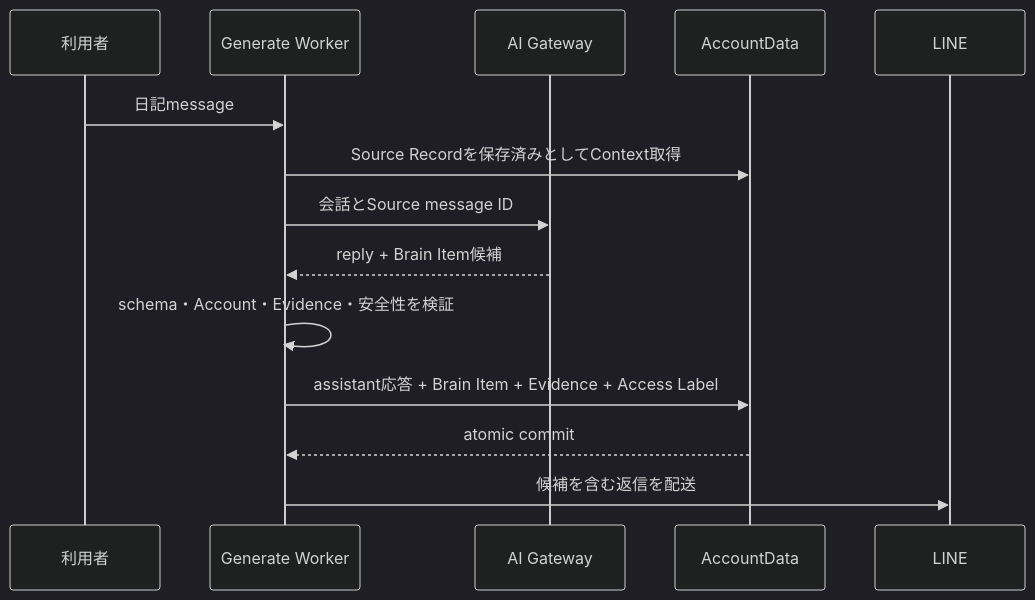
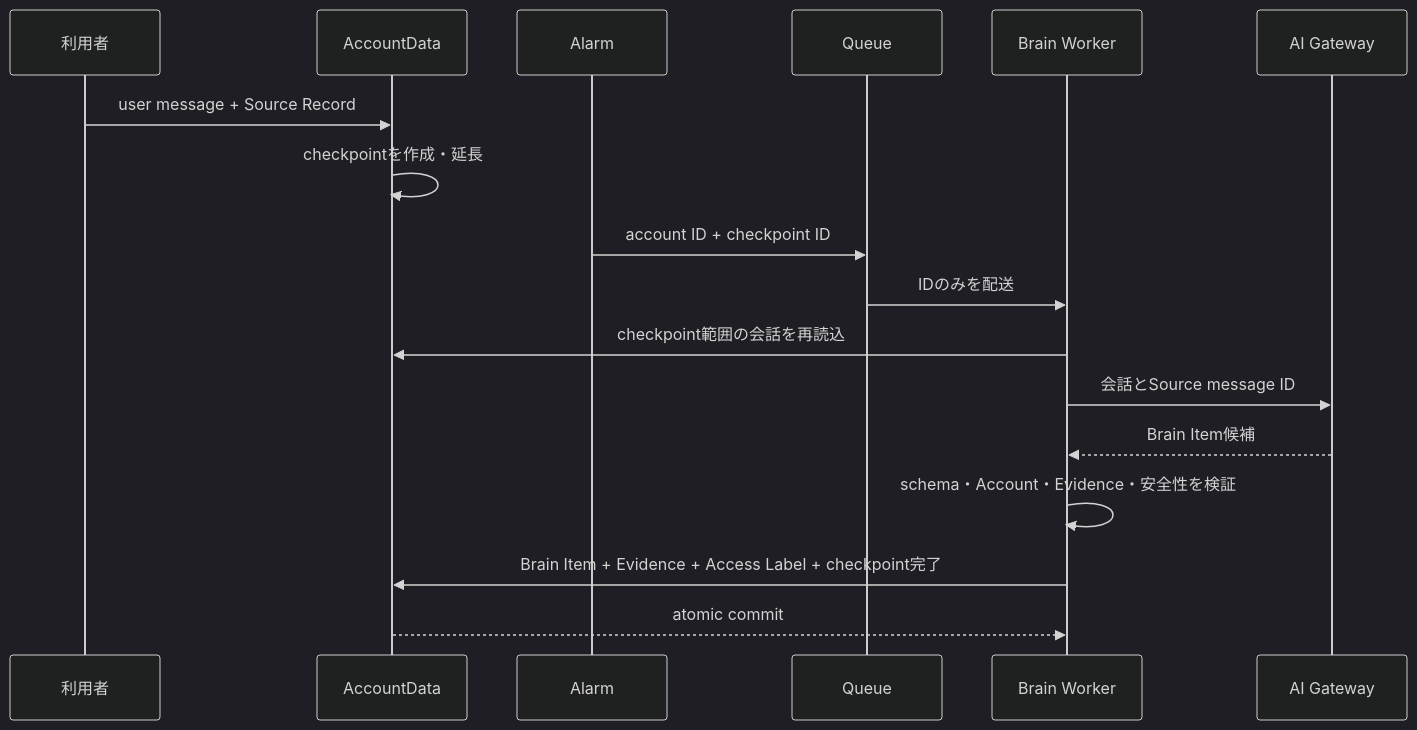
The fourth of 4 diagrams in docs/domain/brain/brain-item-generation-design.md (kkyosuke/me-builder), drawn with Mermaid (dark theme) before and after one commit. The commit also changed other lines of this file and 29 other files, not shown here.

Commit message:
feat(brain): generate diary items from checkpoints

````diff
--- a/docs/domain/brain/brain-item-generation-design.md
+++ b/docs/domain/brain/brain-item-generation-design.md
@@ -305,17 +304,20 @@
 ```mermaid
 sequenceDiagram
     participant U as 利用者
-    participant W as Generate Worker
+    participant AD as AccountData
+    participant A as Alarm
+    participant Q as Queue
+    participant W as Brain Worker
     participant AI as AI Gateway
-    participant AD as AccountData
-    participant LINE as LINE
 
-    U->>W: 日記message
-    W->>AD: Source Recordを保存済みとしてContext取得
+    U->>AD: user message + Source Record
+    AD->>AD: checkpointを作成・延長
+    A->>Q: account ID + checkpoint ID
+    Q->>W: IDのみを配送
+    W->>AD: checkpoint範囲の会話を再読込
     W->>AI: 会話とSource message ID
-    AI-->>W: reply + Brain Item候補
+    AI-->>W: Brain Item候補
     W->>W: schema・Account・Evidence・安全性を検証
-    W->>AD: assistant応答 + Brain Item + Evidence + Access Label
+    W->>AD: Brain Item + Evidence + Access Label + checkpoint完了
     AD-->>W: atomic commit
-    W->>LINE: 候補を含む返信を配送
 ```
````
